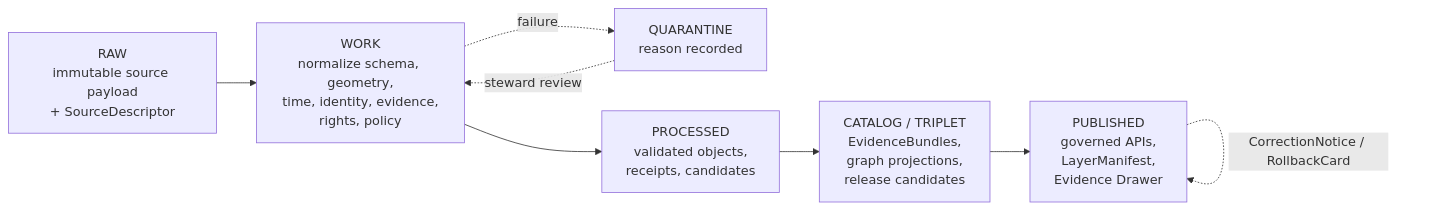
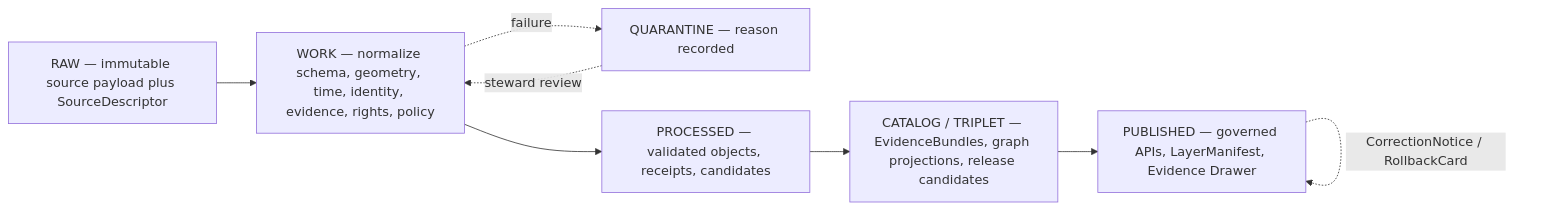
The third of 5 diagrams in docs/domains/hazards/EXPANSION_PLAN.md (bartytime4life/Kansas-Frontier-Matrix), drawn with Mermaid before and after one commit. The commit also changed other lines of this file, not shown here.

````diff
--- a/docs/domains/hazards/EXPANSION_PLAN.md
+++ b/docs/domains/hazards/EXPANSION_PLAN.md
@@ -302,10 +317,10 @@
 ```mermaid
 flowchart LR
-    RAW[RAW<br/>immutable source payload<br/>+ SourceDescriptor] --> WORK[WORK<br/>normalize schema, geometry,<br/>time, identity, evidence,<br/>rights, policy]
-    WORK -.failure.-> Q[QUARANTINE<br/>reason recorded]
-    WORK --> PROC[PROCESSED<br/>validated objects,<br/>receipts, candidates]
-    PROC --> CAT[CATALOG / TRIPLET<br/>EvidenceBundles,<br/>graph projections,<br/>release candidates]
-    CAT --> PUB[PUBLISHED<br/>governed APIs,<br/>LayerManifest,<br/>Evidence Drawer]
+    RAW["RAW — immutable source payload plus SourceDescriptor"] --> WORK["WORK — normalize schema, geometry, time, identity, evidence, rights, policy"]
+    WORK -.failure.-> Q["QUARANTINE — reason recorded"]
+    WORK --> PROC["PROCESSED — validated objects, receipts, candidates"]
+    PROC --> CAT["CATALOG / TRIPLET — EvidenceBundles, graph projections, release candidates"]
+    CAT --> PUB["PUBLISHED — governed APIs, LayerManifest, Evidence Drawer"]
     Q -. steward review .-> WORK
     PUB -. CorrectionNotice / RollbackCard .-> PUB
 ```
````
